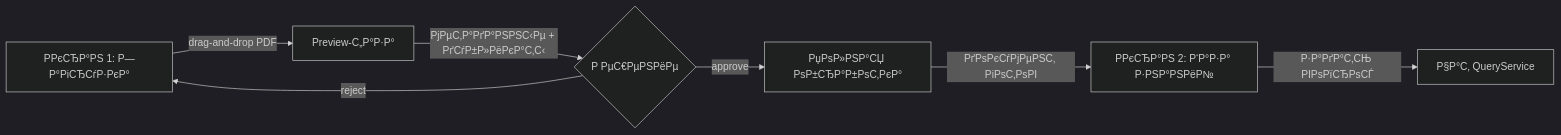
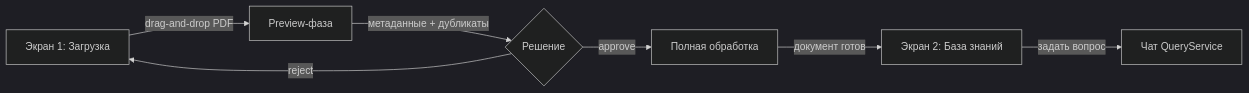
Before and after one commit to MasterKSAF/PKB: the second of 2 diagrams in docs/README.md, drawn with Mermaid (dark theme). The commit also changed other lines of this file and 6 other files, not shown here.

````diff
--- a/docs/README.md
+++ b/docs/README.md
@@ -142,9 +142,9 @@
 ```mermaid
 flowchart LR
-    Upload[Р­РєСЂР°РЅ 1: Р—Р°РіСЂСѓР·РєР°] -->|drag-and-drop PDF| Preview[Preview-С„Р°Р·Р°]
-    Preview -->|РјРµС‚Р°РґР°РЅРЅС‹Рµ + РґСѓР±Р»РёРєР°С‚С‹| Decision{Р РµС€РµРЅРёРµ}
-    Decision -->|approve| Processing[РџРѕР»РЅР°СЏ РѕР±СЂР°Р±РѕС‚РєР°]
+    Upload[Экран 1: Загрузка] -->|drag-and-drop PDF| Preview[Preview-фаза]
+    Preview -->|метаданные + дубликаты| Decision{Решение}
+    Decision -->|approve| Processing[Полная обработка]
     Decision -->|reject| Upload
-    Processing -->|РґРѕРєСѓРјРµРЅС‚ РіРѕС‚РѕРІ| KB[Р­РєСЂР°РЅ 2: Р‘Р°Р·Р° Р·РЅР°РЅРёР№]
-    KB -->|Р·Р°РґР°С‚СЊ РІРѕРїСЂРѕСЃ| Chat[Р§Р°С‚ QueryService]
+    Processing -->|документ готов| KB[Экран 2: База знаний]
+    KB -->|задать вопрос| Chat[Чат QueryService]
 ```
````
